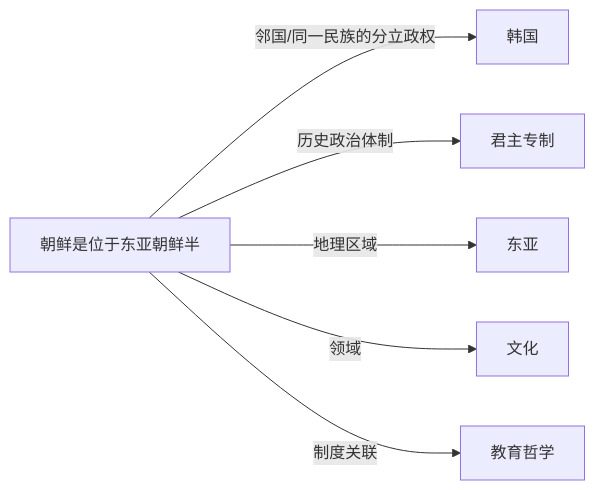
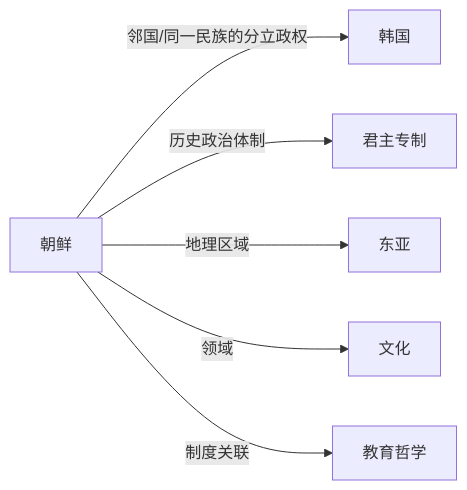
One commit to KIMMCHOW/MyKnowledge changed the diagram in Knowledge/Concepts/政治/朝鲜.md. Above: the diagram before and after it, drawn with Mermaid. The commit also changed 96 other files, not shown here.

Commit message:
fix: 修复概念页关系图节点并补齐缺失关联

````diff
--- a/Knowledge/Concepts/政治/朝鲜.md
+++ b/Knowledge/Concepts/政治/朝鲜.md
@@ -44,8 +44,8 @@
 ```mermaid
 graph LR
-    朝鲜是位于东亚朝鲜半 -->|邻国/同一民族的分立政权| 韩国
-    朝鲜是位于东亚朝鲜半 -->|历史政治体制| 君主专制
-    朝鲜是位于东亚朝鲜半 -->|地理区域| 东亚
-    朝鲜是位于东亚朝鲜半 -->|领域| 文化
-    朝鲜是位于东亚朝鲜半 -->|制度关联| 教育哲学
+朝鲜 -->|邻国/同一民族的分立政权| 韩国
+朝鲜 -->|历史政治体制| 君主专制
+朝鲜 -->|地理区域| 东亚
+朝鲜 -->|领域| 文化
+朝鲜 -->|制度关联| 教育哲学
 ```
````
